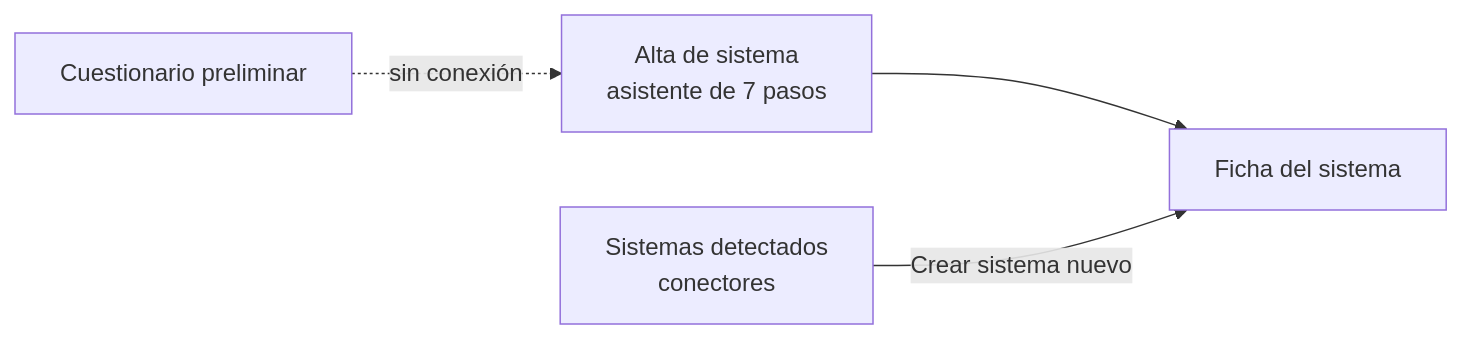
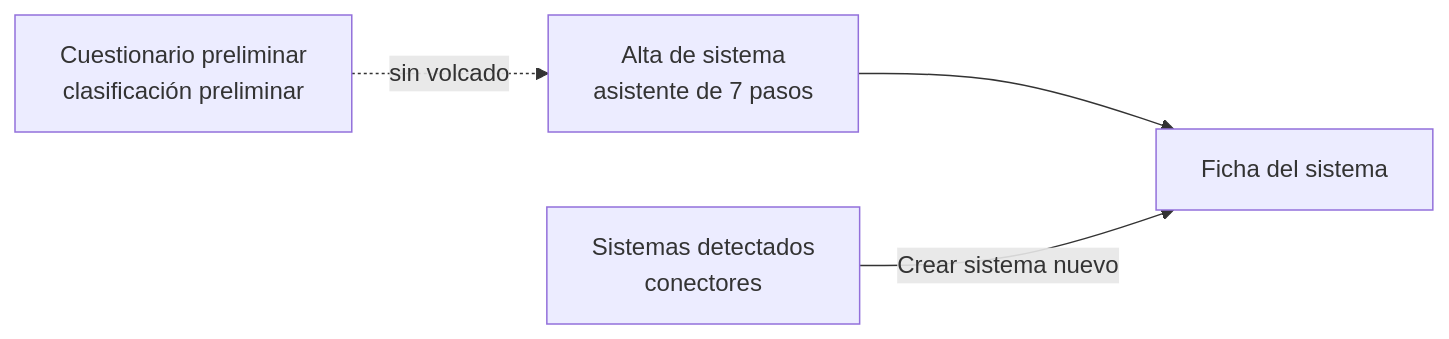
One commit to albarracingarciap/fluxion-saas changed the third of 9 diagrams in docs/funcional/flujo-completo-evaluacion.md. Above: the diagram before and after it, drawn with Mermaid. The commit also changed other lines of this file and 14 other files, not shown here.

Commit message:
docs(cuestionario): documentación de B13b; bloque B sin supuesto marcado es contradicción

````diff
--- a/docs/funcional/flujo-completo-evaluacion.md
+++ b/docs/funcional/flujo-completo-evaluacion.md
@@ -348,6 +350,6 @@
 ```mermaid
 flowchart LR
-  Q[Cuestionario preliminar] -. sin conexión .-> A
+  Q[Cuestionario preliminar<br/>clasificación preliminar] -. sin volcado .-> A
   A[Alta de sistema<br/>asistente de 7 pasos] --> F[Ficha del sistema]
   D[Sistemas detectados<br/>conectores] -->|Crear sistema nuevo| F
 ```
````
